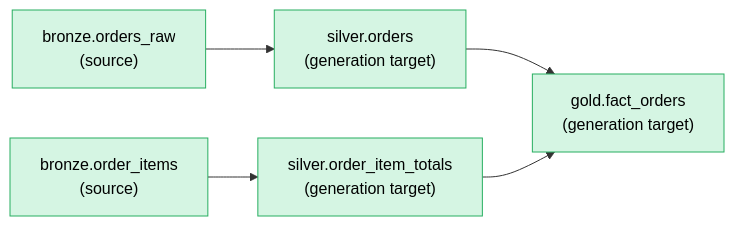
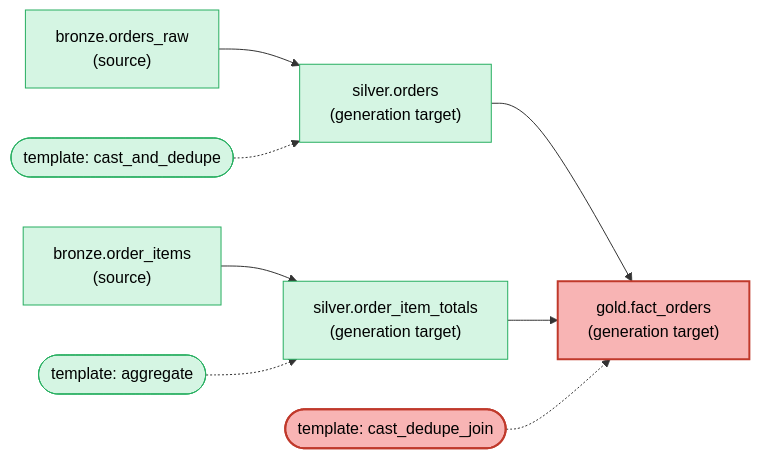
The diagram in poc/blast_radius.md (k00baPriv/IterativeAI), drawn with Mermaid before and after one commit. The commit also changed other lines of this file and 9 other files, not shown here.

````diff
--- a/poc/blast_radius.md
+++ b/poc/blast_radius.md
@@ -10,16 +11,23 @@
 ```mermaid
 flowchart LR
     bronze_orders_raw["bronze.orders_raw\n(source)"]
     bronze_order_items["bronze.order_items\n(source)"]
     silver_orders["silver.orders\n(generation target)"]
     silver_order_item_totals["silver.order_item_totals\n(generation target)"]
     gold_fact_orders["gold.fact_orders\n(generation target)"]
     bronze_orders_raw --> silver_orders
     bronze_order_items --> silver_order_item_totals
     silver_orders --> gold_fact_orders
     silver_order_item_totals --> gold_fact_orders
-    class bronze_order_items,bronze_orders_raw,gold_fact_orders,silver_order_item_totals,silver_orders unaffected
+    template_cast_and_dedupe(["template: cast_and_dedupe"])
+    template_cast_and_dedupe -.-> silver_orders
+    template_aggregate(["template: aggregate"])
+    template_aggregate -.-> silver_order_item_totals
+    template_cast_dedupe_join(["template: cast_dedupe_join"])
+    template_cast_dedupe_join -.-> gold_fact_orders
+    class gold_fact_orders,template_cast_dedupe_join changed
+    class bronze_order_items,bronze_orders_raw,silver_order_item_totals,silver_orders,template_aggregate,template_cast_and_dedupe unaffected
     classDef changed fill:#f8b4b4,stroke:#c0392b,stroke-width:2px,color:#000
     classDef affected fill:#fde9a0,stroke:#d4a017,stroke-width:2px,color:#000
     classDef unaffected fill:#d5f5e3,stroke:#27ae60,stroke-width:1px,color:#000
 ```
````
